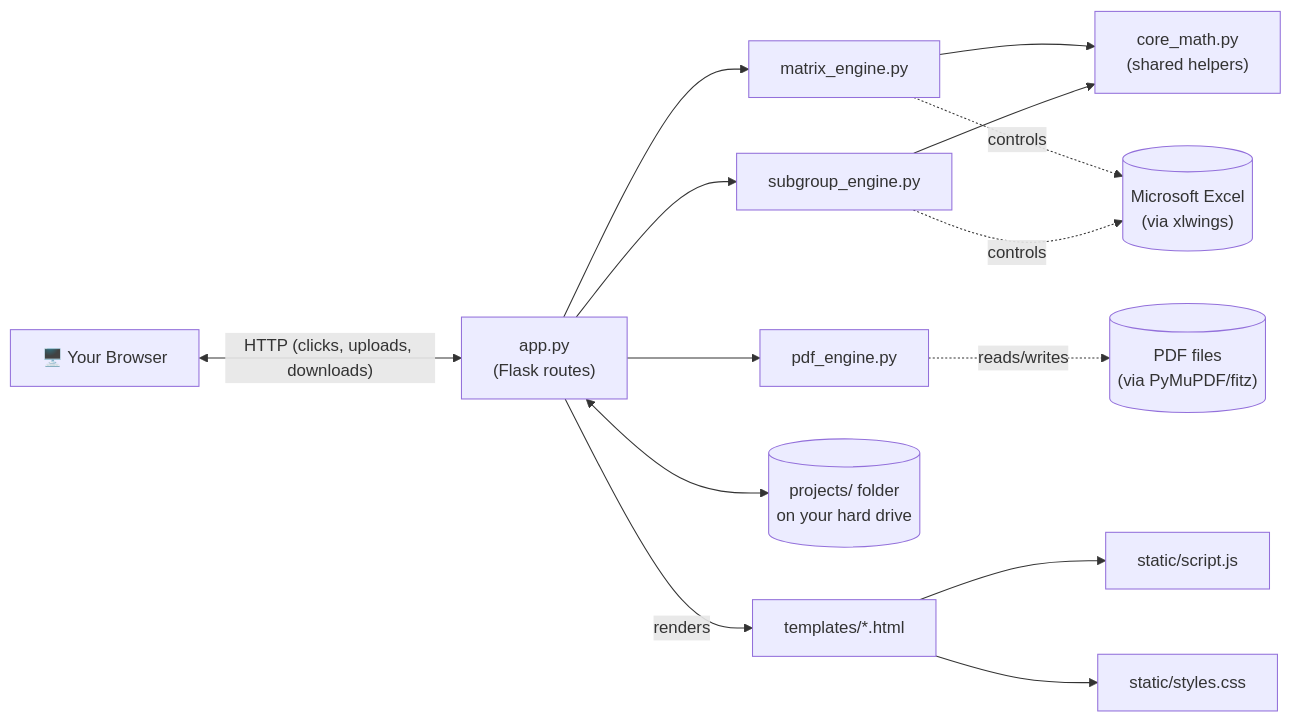
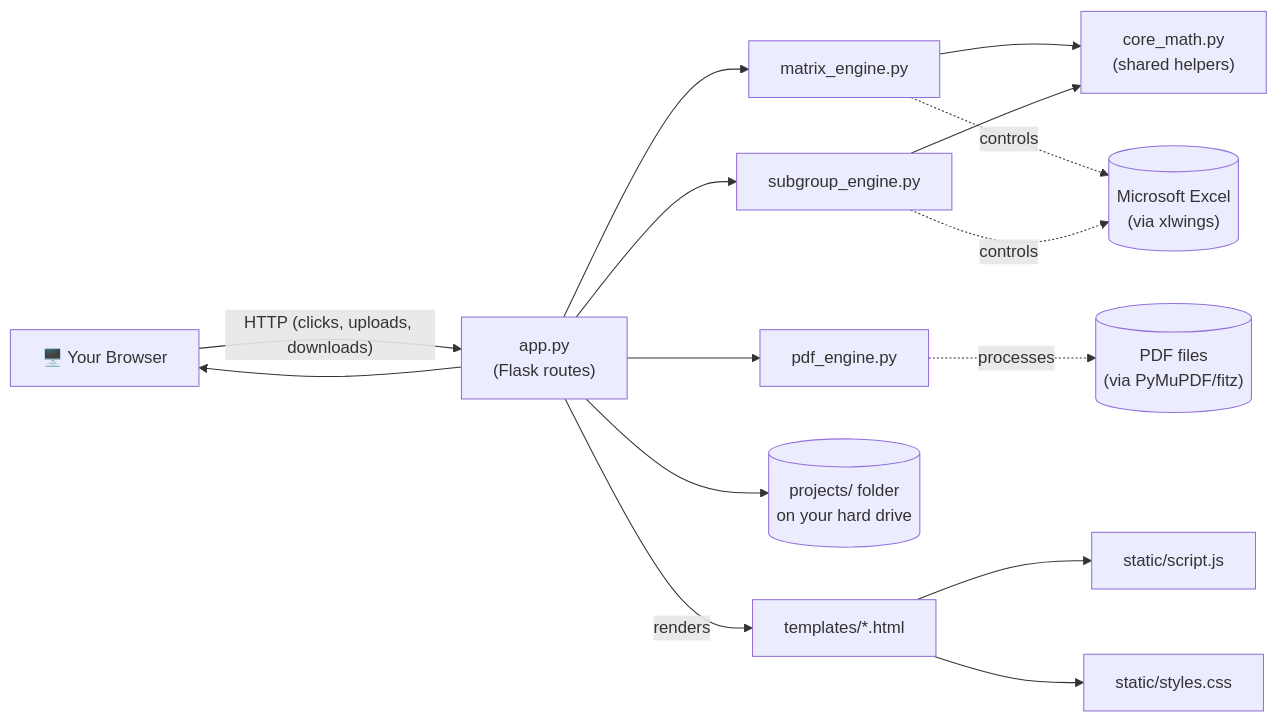
Before and after one commit to nesubat/Warehouse_app: the first of 16 diagrams in CODE_GUIDE.md, drawn with Mermaid. The commit also changed other lines of this file and 2 other files, not shown here.

````diff
--- a/CODE_GUIDE.md
+++ b/CODE_GUIDE.md
@@ -33,16 +33,17 @@
 ```mermaid
 flowchart LR
-    Browser["🖥️ Your Browser"] <-->|"HTTP (clicks, uploads, downloads)"| Flask["app.py\n(Flask routes)"]
+    Browser["🖥️ Your Browser"] -->|"HTTP (clicks, uploads, downloads)"| Flask["app.py\n(Flask routes)"]
+    Flask --> Browser
     Flask --> Matrix["matrix_engine.py"]
     Flask --> Sub["subgroup_engine.py"]
     Flask --> PDF["pdf_engine.py"]
     Matrix --> Core["core_math.py\n(shared helpers)"]
     Sub --> Core
     Matrix -.controls.-> Excel[("Microsoft Excel\n(via xlwings)")]
     Sub -.controls.-> Excel
-    PDF -.reads/writes.-> Fitz[("PDF files\n(via PyMuPDF/fitz)")]
-    Flask <--> FS[("projects/ folder\non your hard drive")]
+    PDF -.processes.-> Fitz[("PDF files\n(via PyMuPDF/fitz)")]
+    Flask --> FS[("projects/ folder\non your hard drive")]
     Flask -->|renders| Templates["templates/*.html"]
     Templates --> JS["static/script.js"]
     Templates --> CSS["static/styles.css"]
 ```
````
